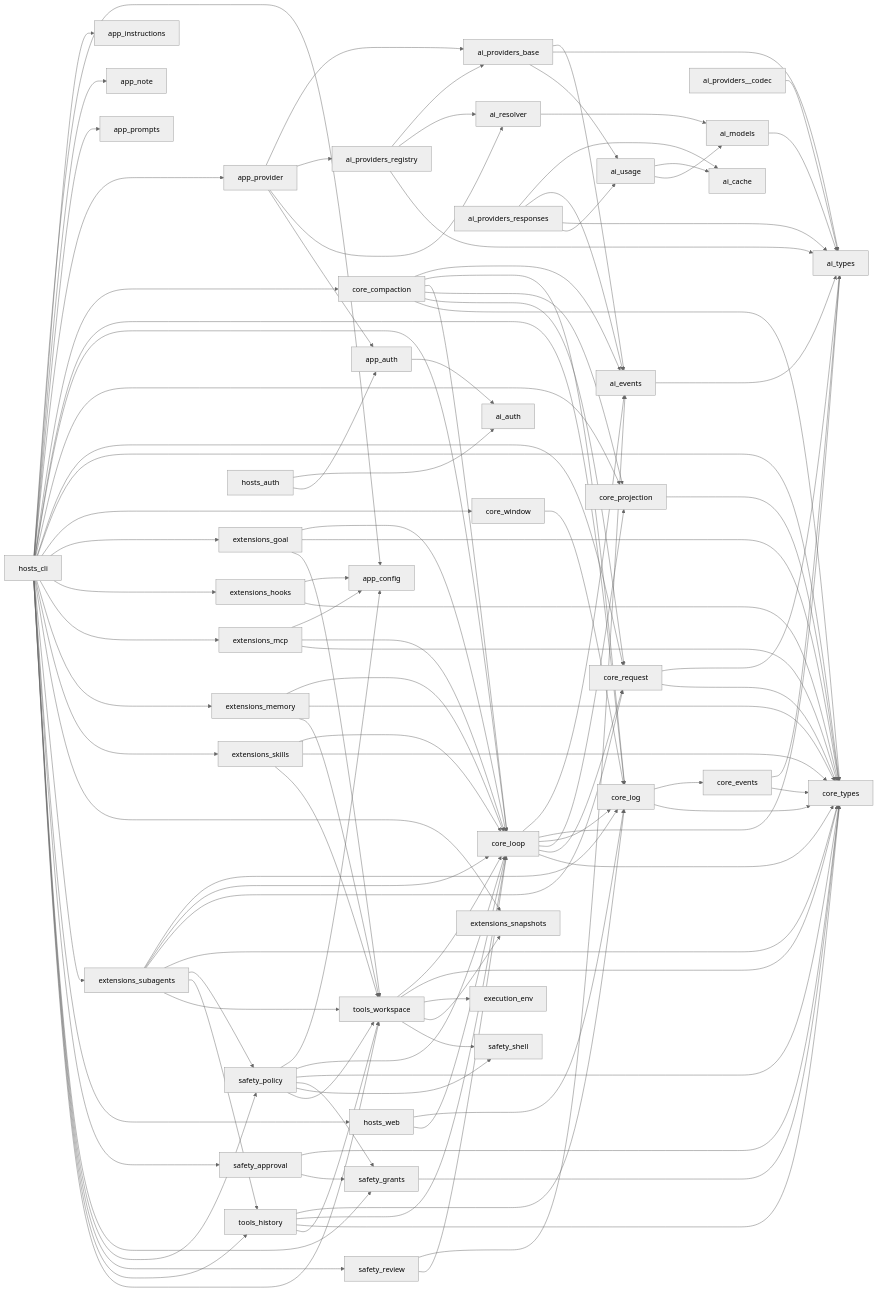
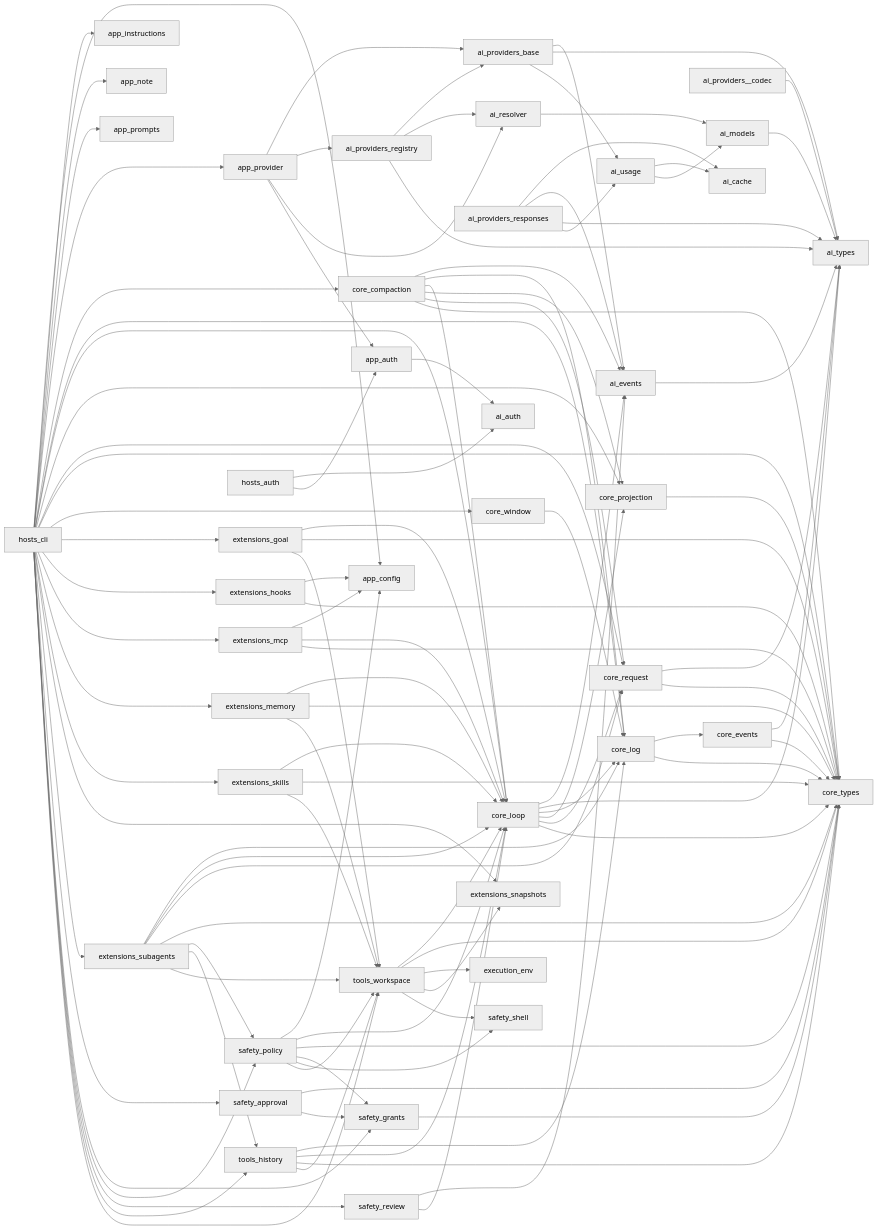
One commit to reddishJade/CadeMini changed the diagram in docs/design/module-graph.md. Above: the diagram before and after it, drawn with Mermaid (neutral theme). The commit also changed 20 other files, not shown here.

```diff
--- a/docs/design/module-graph.md
+++ b/docs/design/module-graph.md
@@ -89,15 +89,12 @@
   hosts_cli --> extensions_skills
   hosts_cli --> extensions_snapshots
   hosts_cli --> extensions_subagents
-  hosts_cli --> hosts_web
   hosts_cli --> safety_approval
   hosts_cli --> safety_grants
   hosts_cli --> safety_policy
   hosts_cli --> safety_review
   hosts_cli --> tools_history
   hosts_cli --> tools_workspace
-  hosts_web --> core_log
-  hosts_web --> core_loop
   safety_approval --> core_types
   safety_approval --> safety_grants
   safety_grants --> core_types
```
